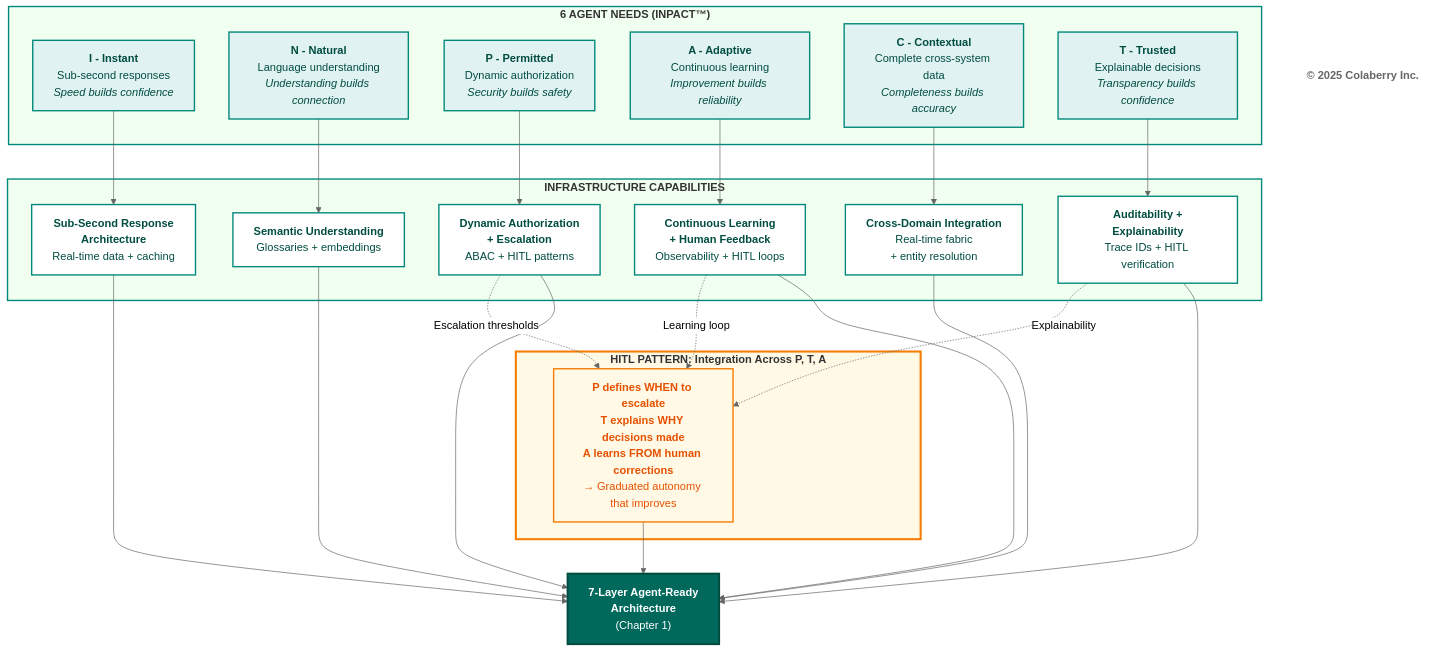
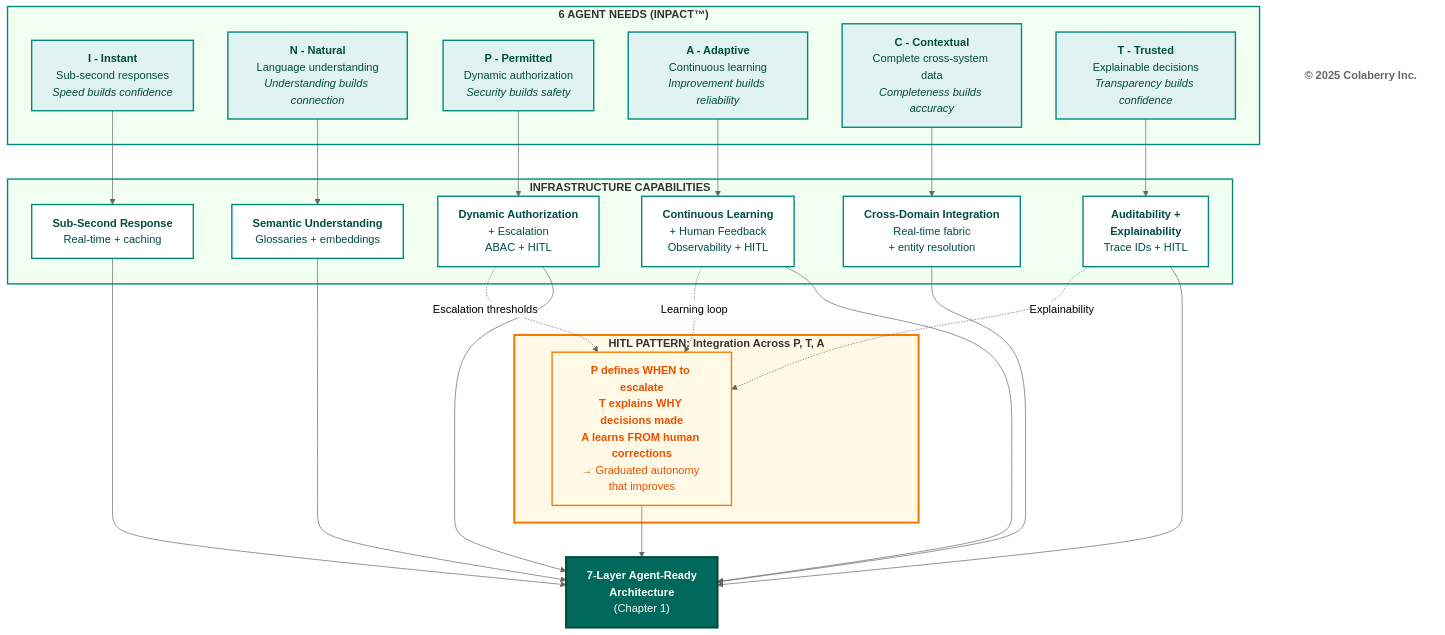
Before and after one commit to colaberry/enterprise-data-readiness-ai-agents: the third of 9 diagrams in chapter-00/chapter_00_complete.md, drawn with Mermaid (neutral theme).

Commit message:
6 needs and capabilities box fix
6 needs and capabilities box fix

````diff
--- a/chapter-00/chapter_00_complete.md
+++ b/chapter-00/chapter_00_complete.md
@@ -242,69 +242,69 @@
 ```mermaid
 
 graph TB
     subgraph NEEDS["<b>6 AGENT NEEDS (INPACT™)</b>"]
         I["<b>I - Instant</b><br/>Sub-second responses<br/><i>Speed builds confidence</i>"]
         N["<b>N - Natural</b><br/>Language understanding<br/><i>Understanding builds connection</i>"]
         P["<b>P - Permitted</b><br/>Dynamic authorization<br/><i>Security builds safety</i>"]
         A["<b>A - Adaptive</b><br/>Continuous learning<br/><i>Improvement builds reliability</i>"]
         C["<b>C - Contextual</b><br/>Complete cross-system data<br/><i>Completeness builds accuracy</i>"]
         T["<b>T - Trusted</b><br/>Explainable decisions<br/><i>Transparency builds confidence</i>"]
     end
     
     subgraph CAPABILITIES["<b>INFRASTRUCTURE CAPABILITIES</b>"]
-        I_CAP["<b>Sub-Second Response</b><br/><b>Architecture</b><br/>Real-time data + caching"]
+        I_CAP["<b>Sub-Second Response</b><br/>Real-time + caching"]
         N_CAP["<b>Semantic Understanding</b><br/>Glossaries + embeddings"]
-        P_CAP["<b>Dynamic Authorization</b><br/><b>+ Escalation</b><br/>ABAC + HITL patterns"]
-        A_CAP["<b>Continuous Learning</b><br/><b>+ Human Feedback</b><br/>Observability + HITL loops"]
+        P_CAP["<b>Dynamic Authorization</b><br/>+ Escalation<br/>ABAC + HITL"]
+        A_CAP["<b>Continuous Learning</b><br/>+ Human Feedback<br/>Observability + HITL"]
         C_CAP["<b>Cross-Domain Integration</b><br/>Real-time fabric<br/>+ entity resolution"]
-        T_CAP["<b>Auditability +</b><br/><b>Explainability</b><br/>Trace IDs + HITL verification"]
+        T_CAP["<b>Auditability +</b><br/><b>Explainability</b><br/>Trace IDs + HITL"]
     end
     
     I --> I_CAP
     N --> N_CAP
     P --> P_CAP
     A --> A_CAP
     C --> C_CAP
     T --> T_CAP
     
     subgraph HITL["<b>HITL PATTERN: Integration Across P, T, A</b>"]
         HITL_DESC["<b>P defines WHEN to escalate</b><br/><b>T explains WHY decisions made</b><br/><b>A learns FROM human corrections</b><br/>→ Graduated autonomy that improves"]
     end
     
     P_CAP -.->|Escalation thresholds| HITL_DESC
     T_CAP -.->|Explainability| HITL_DESC
     A_CAP -.->|Learning loop| HITL_DESC
     
     I_CAP --> ARCH["<b>7-Layer Agent-Ready</b><br/><b>Architecture</b><br/>(Chapter 1)"]
     N_CAP --> ARCH
     P_CAP --> ARCH
     A_CAP --> ARCH
     C_CAP --> ARCH
     T_CAP --> ARCH
     HITL_DESC --> ARCH
     
     style NEEDS fill:#f0fff0,stroke:#00897b,stroke-width:2px
     style I fill:#e0f2f1,stroke:#00897b,stroke-width:2px,color:#004d40
     style N fill:#e0f2f1,stroke:#00897b,stroke-width:2px,color:#004d40
     style P fill:#e0f2f1,stroke:#00897b,stroke-width:2px,color:#004d40
     style A fill:#e0f2f1,stroke:#00897b,stroke-width:2px,color:#004d40
     style C fill:#e0f2f1,stroke:#00897b,stroke-width:2px,color:#004d40
     style T fill:#e0f2f1,stroke:#00897b,stroke-width:2px,color:#004d40
     
     style CAPABILITIES fill:#f0fff0,stroke:#00897b,stroke-width:2px
     style I_CAP fill:#ffffff,stroke:#00897b,stroke-width:2px,color:#004d40
     style N_CAP fill:#ffffff,stroke:#00897b,stroke-width:2px,color:#004d40
     style P_CAP fill:#ffffff,stroke:#00897b,stroke-width:2px,color:#004d40
     style A_CAP fill:#ffffff,stroke:#00897b,stroke-width:2px,color:#004d40
     style C_CAP fill:#ffffff,stroke:#00897b,stroke-width:2px,color:#004d40
     style T_CAP fill:#ffffff,stroke:#00897b,stroke-width:2px,color:#004d40
     
     style HITL fill:#fff9e6,stroke:#f57c00,stroke-width:3px
     style HITL_DESC fill:#fff9e6,stroke:#f57c00,stroke-width:2px,color:#e65100
     
     style ARCH fill:#00695c,color:#ffffff,stroke:#004d40,stroke-width:3px
     
     Copyright["<b>© 2025 Colaberry Inc.</b>"]
     style Copyright fill:#ffffff,stroke:none,color:#666666
 
 ```
````
